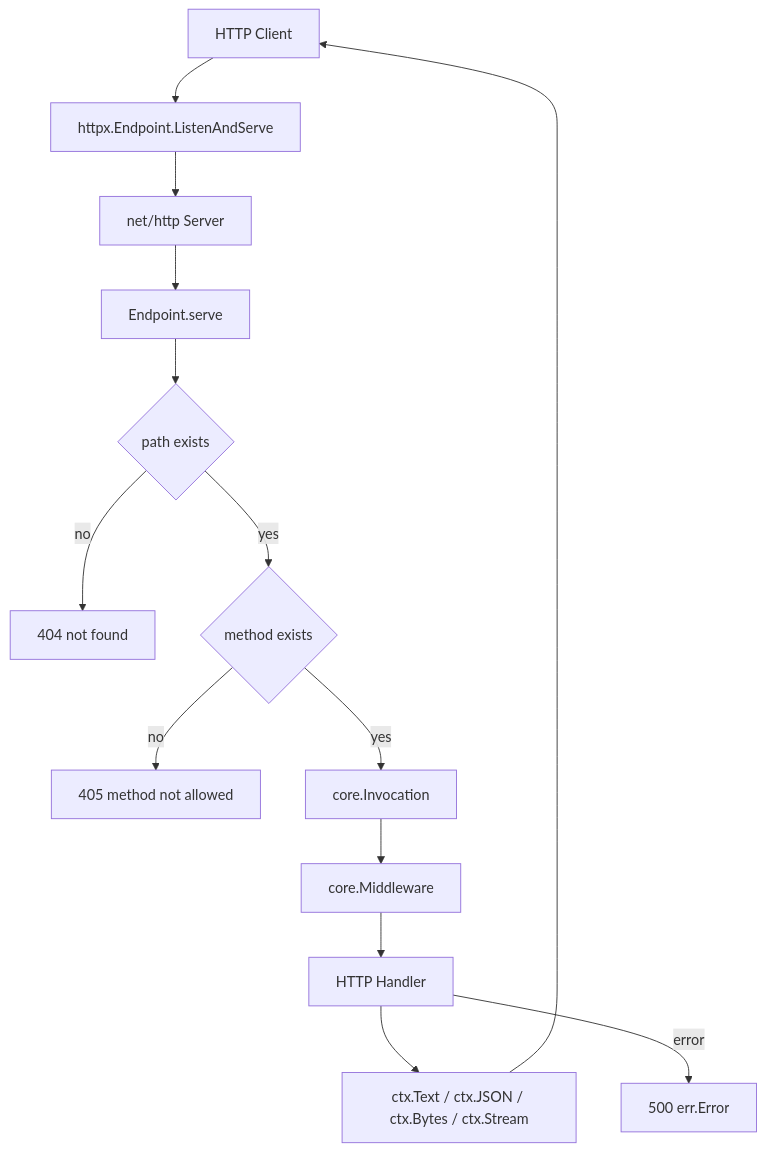
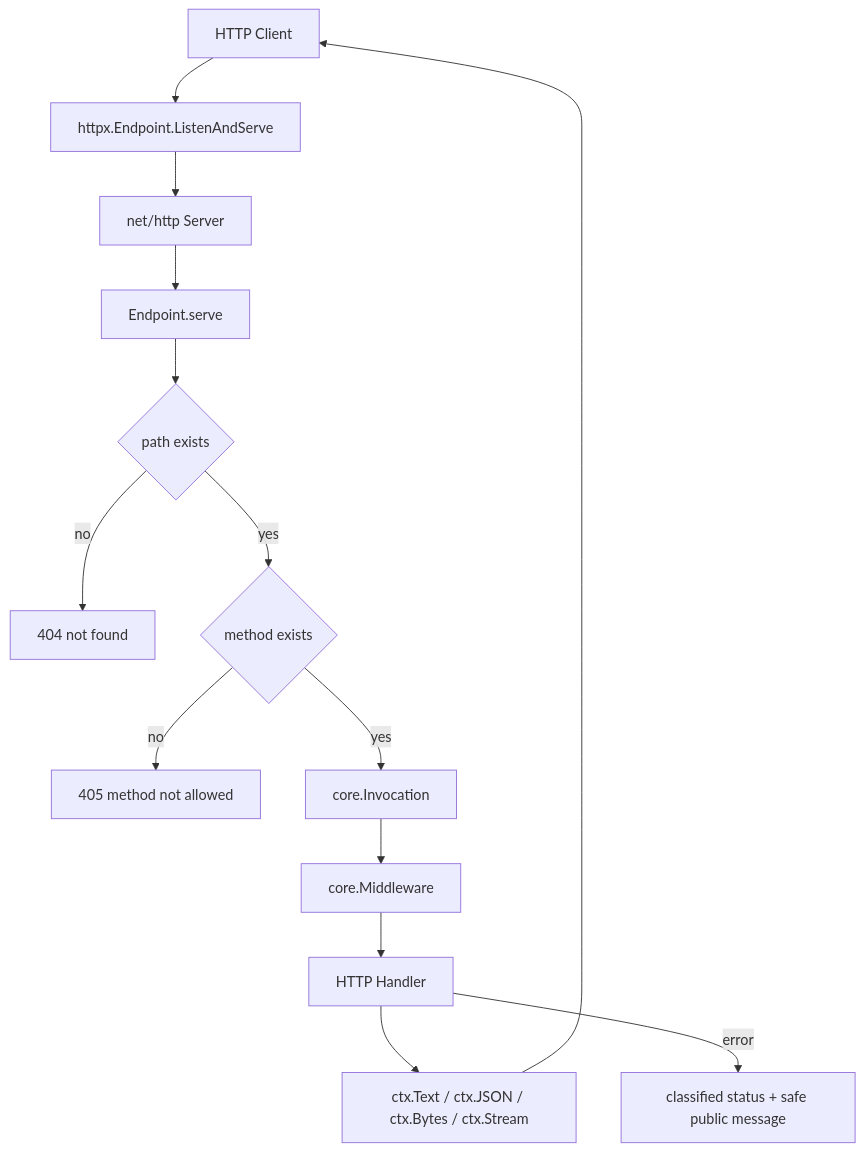
One commit to saramand9/kpro changed the fifth of 8 diagrams in docs/call-flow.md. Above: the diagram before and after it, drawn with Mermaid. The commit also changed other lines of this file and 64 other files, not shown here.

````diff
--- a/docs/call-flow.md
+++ b/docs/call-flow.md
@@ -146,16 +146,16 @@
 ```mermaid
 flowchart TD
     Client[HTTP Client] --> Listen[httpx.Endpoint.ListenAndServe]
     Listen --> NetHTTP[net/http Server]
     NetHTTP --> Serve[Endpoint.serve]
     Serve --> Path{path exists}
     Path -->|no| NotFound[404 not found]
     Path -->|yes| Method{method exists}
     Method -->|no| MethodNotAllowed[405 method not allowed]
     Method -->|yes| Invocation[core.Invocation]
     Invocation --> Middleware[core.Middleware]
     Middleware --> Handler[HTTP Handler]
     Handler --> Response[ctx.Text / ctx.JSON / ctx.Bytes / ctx.Stream]
-    Handler -->|error| ServerError[500 err.Error]
+    Handler -->|error| ServerError[classified status + safe public message]
     Response --> Client
 ```
````
